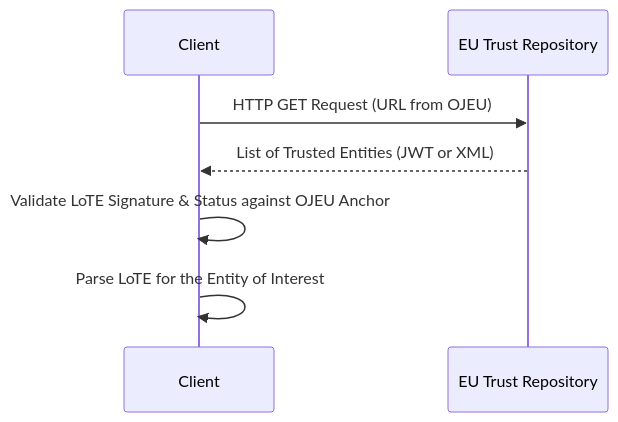
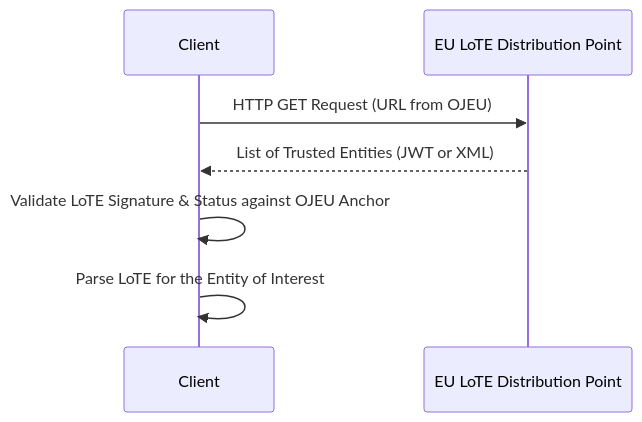
One commit to APTITUDE-Consortium/wp2-trust-specifications changed the second of 3 diagrams in topics/trust-evaluation-process-authentication.md. Above: the diagram before and after it, drawn with Mermaid. The commit also changed other lines of this file, not shown here.

````diff
--- a/topics/trust-evaluation-process-authentication.md
+++ b/topics/trust-evaluation-process-authentication.md
@@ -321,10 +321,10 @@
 ```mermaid
 sequenceDiagram
   participant Client
-  participant EU_API as EU Trust Repository
+  participant EU_API as EU LoTE Distribution Point
 
   Client->>EU_API: HTTP GET Request (URL from OJEU)
   EU_API-->>Client: List of Trusted Entities (JWT or XML)
   Client->>Client: Validate LoTE Signature & Status against OJEU Anchor
   Client->>Client: Parse LoTE for the Entity of Interest
 ```
````
